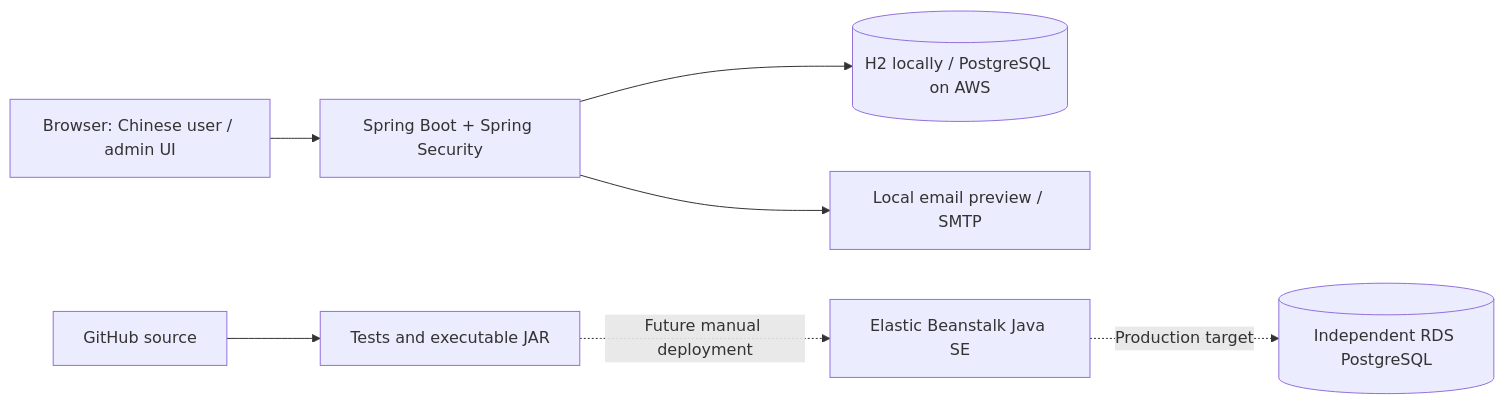
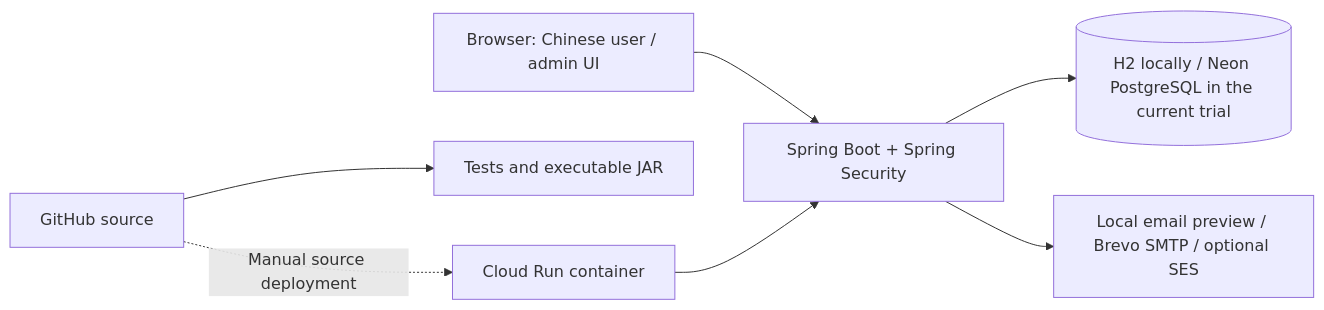
One commit to windyx3/psychological-value-test changed the first of 2 diagrams in README.md. Above: the diagram before and after it, drawn with Mermaid. The commit also changed other lines of this file and 10 other files, not shown here.

Commit message:
feat(deploy): add Cloud Run deployment and update English guides

````diff
--- a/README.md
+++ b/README.md
@@ -62,9 +64,9 @@
 ```mermaid
 flowchart LR
     Browser[Browser: Chinese user / admin UI] --> App[Spring Boot + Spring Security]
-    App --> Database[(H2 locally / PostgreSQL on AWS)]
-    App --> Mail[Local email preview / SMTP]
+    App --> Database[(H2 locally / Neon PostgreSQL in the current trial)]
+    App --> Mail[Local email preview / Brevo SMTP / optional SES]
     GitHub[GitHub source] --> CI[Tests and executable JAR]
-    CI -. Future manual deployment .-> AWS[Elastic Beanstalk Java SE]
-    AWS -. Production target .-> RDS[(Independent RDS PostgreSQL)]
+    GitHub -. Manual source deployment .-> CloudRun[Cloud Run container]
+    CloudRun --> App
 ```
````
